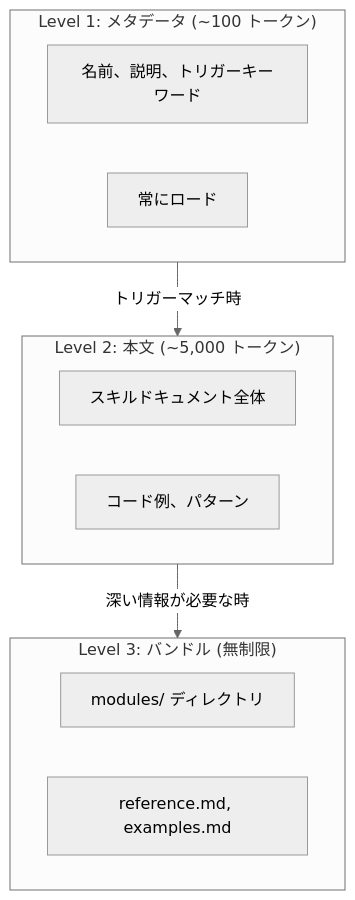
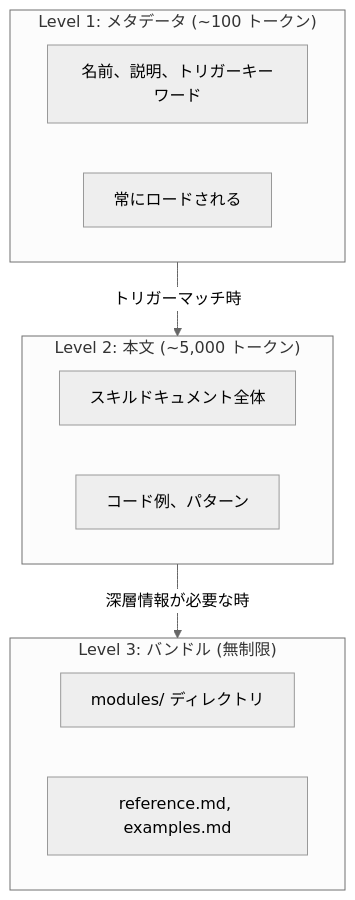
The second of 4 diagrams in docs-site/content/ja/advanced/skill-guide.md (modu-ai/moai-adk), drawn with Mermaid (neutral theme) before and after one commit. The commit also changed other lines of this file and 180 other files, not shown here.

````diff
--- a/docs-site/content/ja/advanced/skill-guide.md
+++ b/docs-site/content/ja/advanced/skill-guide.md
@@ -118,21 +118,21 @@
 ```mermaid
 flowchart TD
     subgraph L1["Level 1: メタデータ (~100 トークン)"]
         M1["名前、説明、トリガーキーワード"]
-        M2["常にロード"]
+        M2["常にロードされる"]
     end
 
     subgraph L2["Level 2: 本文 (~5,000 トークン)"]
         B1["スキルドキュメント全体"]
         B2["コード例、パターン"]
     end
 
     subgraph L3["Level 3: バンドル (無制限)"]
         R1["modules/ ディレクトリ"]
         R2["reference.md, examples.md"]
     end
 
     L1 -->|"トリガーマッチ時"| L2
-    L2 -->|"深い情報が必要な時"| L3
+    L2 -->|"深層情報が必要な時"| L3
 
 ```
````
